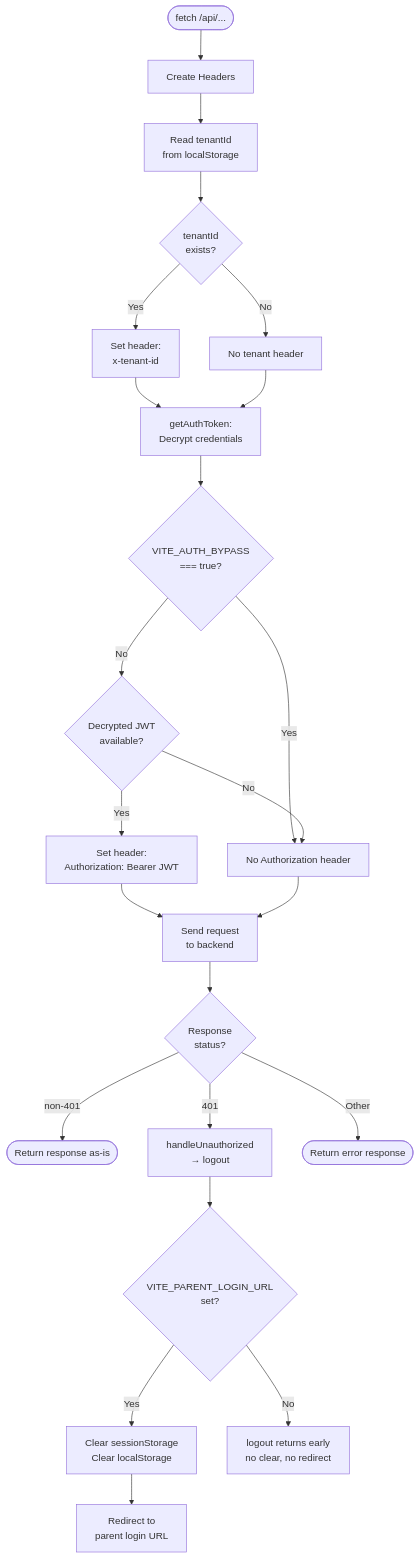
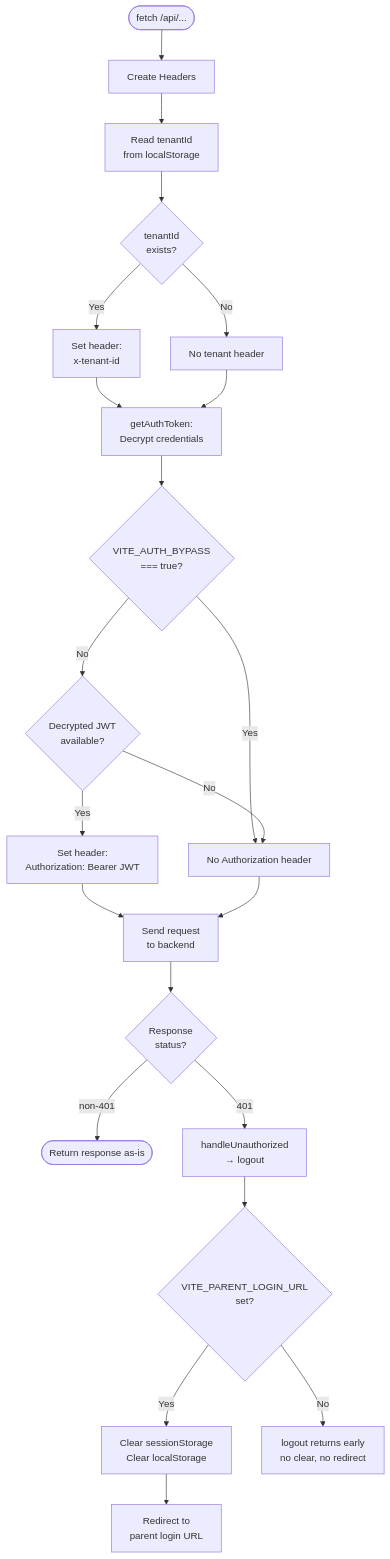
The second of 4 diagrams in docs/jwt-authentication-flow.md (safe-lanes/crewdevnov12), drawn with Mermaid before and after one commit.

Commit message:
Update logout flow documentation to clarify error handling
Refine `docs/jwt-authentication-flow.md` to accurately depict the logout process, specifically removing the `CheckResponse` node that led to an error response and clarifying that the `logout()` function returns early with no clear or redirect when no login URL is present.

Replit-Commit-Author: Agent
Replit-Commit-Session-Id: 10ebaf88-a121-4f7a-a6f5-847c6be5dd47
Replit-Commit-Checkpoint-Type: full_checkpoint
Replit-Commit-Event-Id: 860e68b4-1d93-460d-8bd4-879e3aa6197d
Replit-Commit-Screenshot-Url: https://storage.googleapis.com/screenshot-production-us-central1/c13b2fb1-c303-4614-9985-1fa3a369a933/10ebaf88-a121-4f7a-a6f5-847c6be5dd47/IXOEiC9
Replit-Helium-Checkpoint-Created: true

````diff
--- a/docs/jwt-authentication-flow.md
+++ b/docs/jwt-authentication-flow.md
@@ -50,30 +50,29 @@
 ```mermaid
 flowchart TD
     FetchCall([fetch /api/...]) --> BuildHeaders[Create Headers]
 
     BuildHeaders --> ReadTenant[Read tenantId\nfrom localStorage]
     ReadTenant --> HasTenantId{tenantId\nexists?}
     HasTenantId -- Yes --> SetTenant[Set header:\nx-tenant-id]
     HasTenantId -- No --> SkipTenant[No tenant header]
 
     SetTenant --> ReadToken[getAuthToken:\nDecrypt credentials]
     SkipTenant --> ReadToken
 
     ReadToken --> BypassCheck2{VITE_AUTH_BYPASS\n=== true?}
     BypassCheck2 -- Yes --> NoAuthHeader[No Authorization header]
     BypassCheck2 -- No --> HasJWT{Decrypted JWT\navailable?}
     HasJWT -- Yes --> SetAuth["Set header:\nAuthorization: Bearer JWT"]
     HasJWT -- No --> NoAuthHeader
 
     SetAuth --> SendRequest[Send request\nto backend]
     NoAuthHeader --> SendRequest
 
     SendRequest --> CheckResponse{Response\nstatus?}
     CheckResponse -- "non-401" --> ReturnOK([Return response as-is])
     CheckResponse -- "401" --> Handle401[handleUnauthorized\n→ logout]
     Handle401 --> HasLoginURL2{VITE_PARENT_LOGIN_URL\nset?}
     HasLoginURL2 -- Yes --> ClearStorage[Clear sessionStorage\nClear localStorage]
     ClearStorage --> RedirectLogin[Redirect to\nparent login URL]
     HasLoginURL2 -- No --> NoOpLogout["logout returns early\nno clear, no redirect"]
-    CheckResponse -- Other --> ReturnErr([Return error response])
 ```
````
